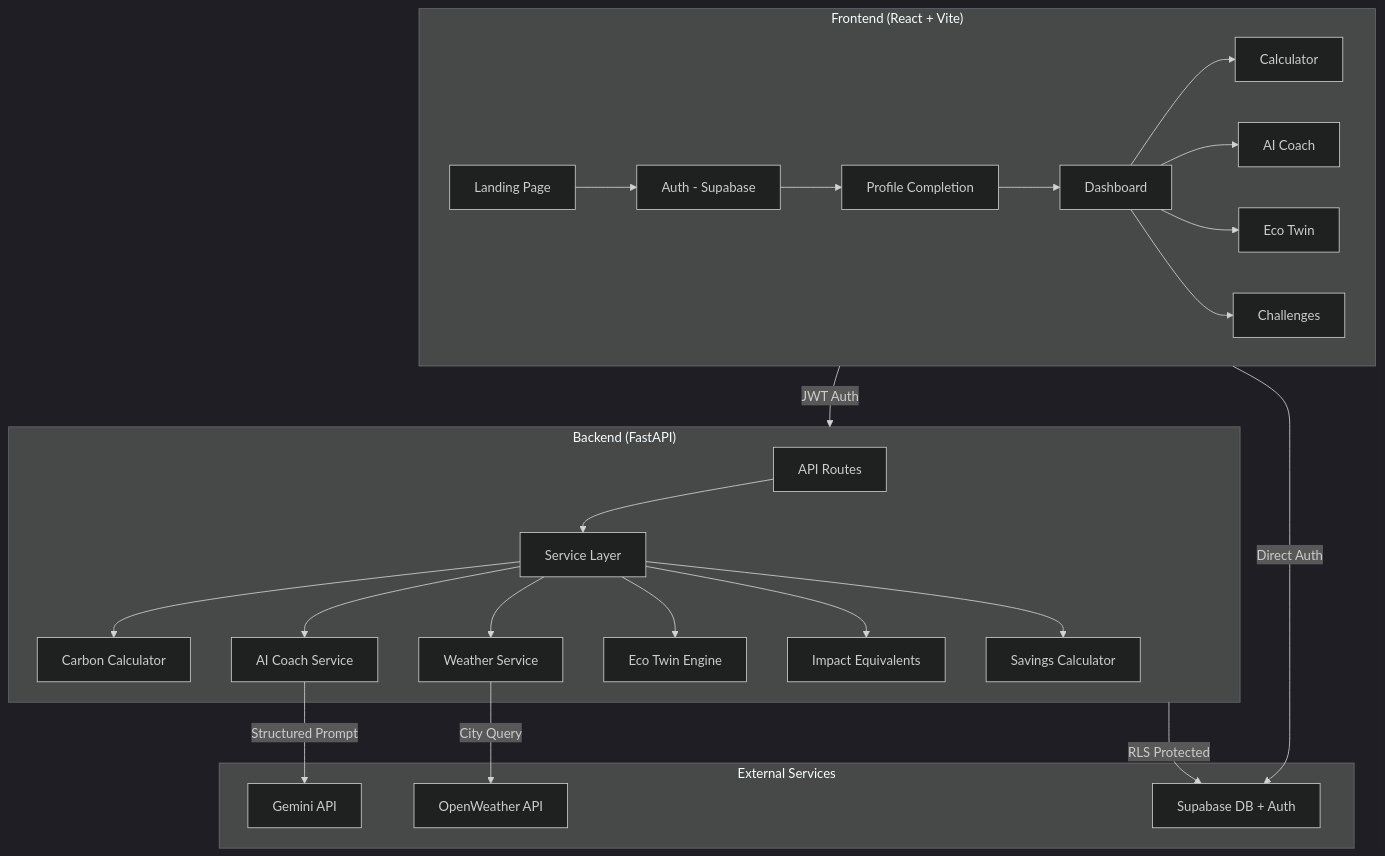
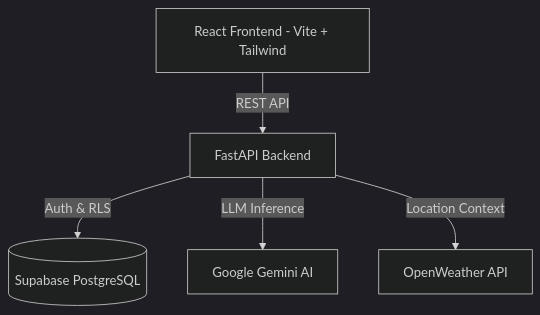
Before and after one commit to harshad1234u/carboniq: the diagram in README.md, drawn with Mermaid (dark theme). The commit also changed other lines of this file and 60 other files, not shown here.

````diff
--- a/README.md
+++ b/README.md
@@ -33,34 +18,7 @@
 ```mermaid
-graph TB
-    subgraph Frontend ["Frontend (React + Vite)"]
-        A[Landing Page] --> B[Auth - Supabase]
-        B --> C[Profile Completion]
-        C --> D[Dashboard]
-        D --> E[Calculator]
-        D --> F[AI Coach]
-        D --> G[Eco Twin]
-        D --> H[Challenges]
-    end
-
-    subgraph Backend ["Backend (FastAPI)"]
-        I[API Routes] --> J[Service Layer]
-        J --> K[Carbon Calculator]
-        J --> L[AI Coach Service]
-        J --> M[Weather Service]
-        J --> N[Eco Twin Engine]
-        J --> O[Impact Equivalents]
-        J --> P[Savings Calculator]
-    end
-
-    subgraph External ["External Services"]
-        Q[Gemini API]
-        R[OpenWeather API]
-        S[Supabase DB + Auth]
-    end
-
-    Frontend -->|JWT Auth| Backend
-    L -->|Structured Prompt| Q
-    M -->|City Query| R
-    Backend -->|RLS Protected| S
-    Frontend -->|Direct Auth| S
+graph TD
+    UI[React Frontend - Vite + Tailwind] -->|REST API| API[FastAPI Backend]
+    API -->|Auth & RLS| Supabase[(Supabase PostgreSQL)]
+    API -->|LLM Inference| Gemini[Google Gemini AI]
+    API -->|Location Context| Weather[OpenWeather API]
 ```
````
